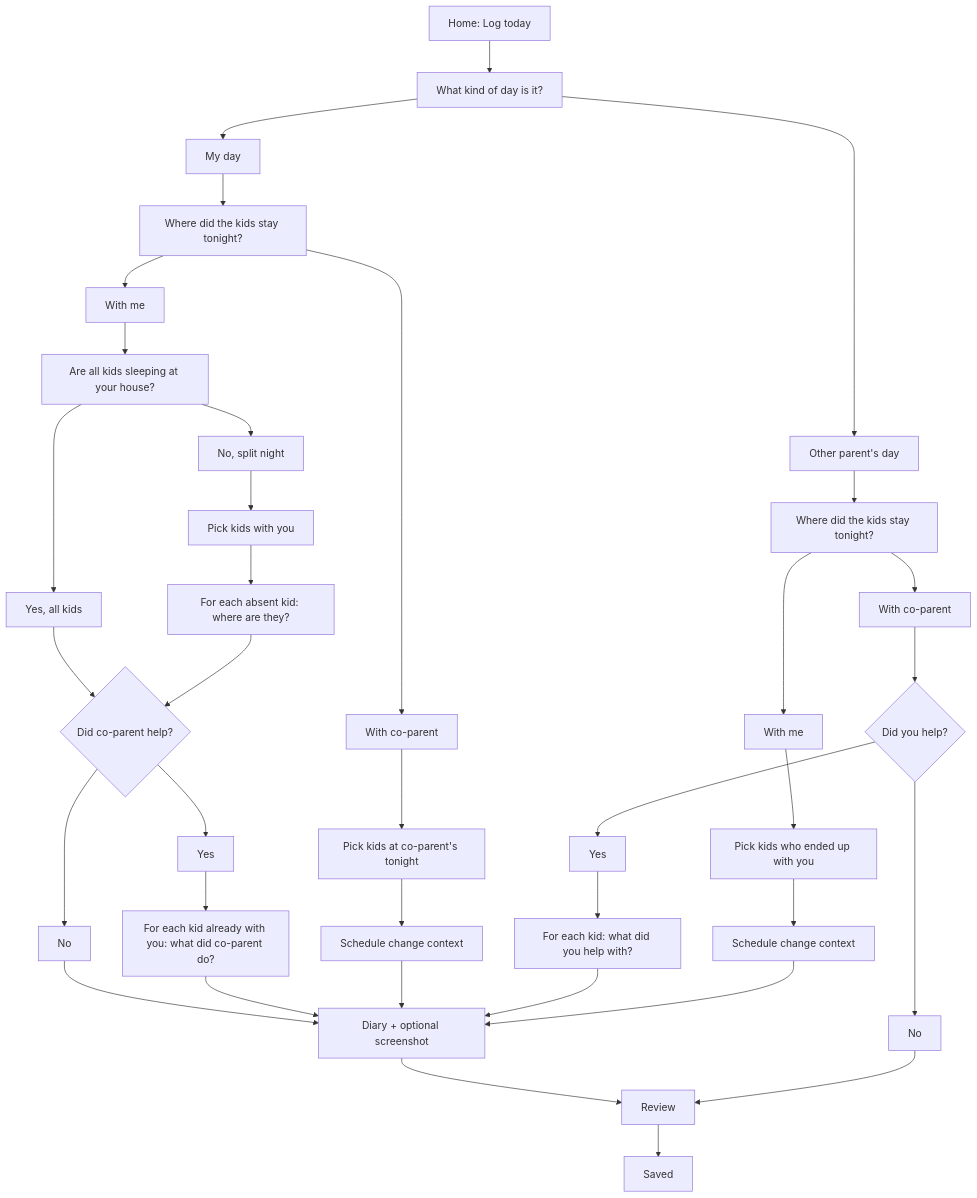
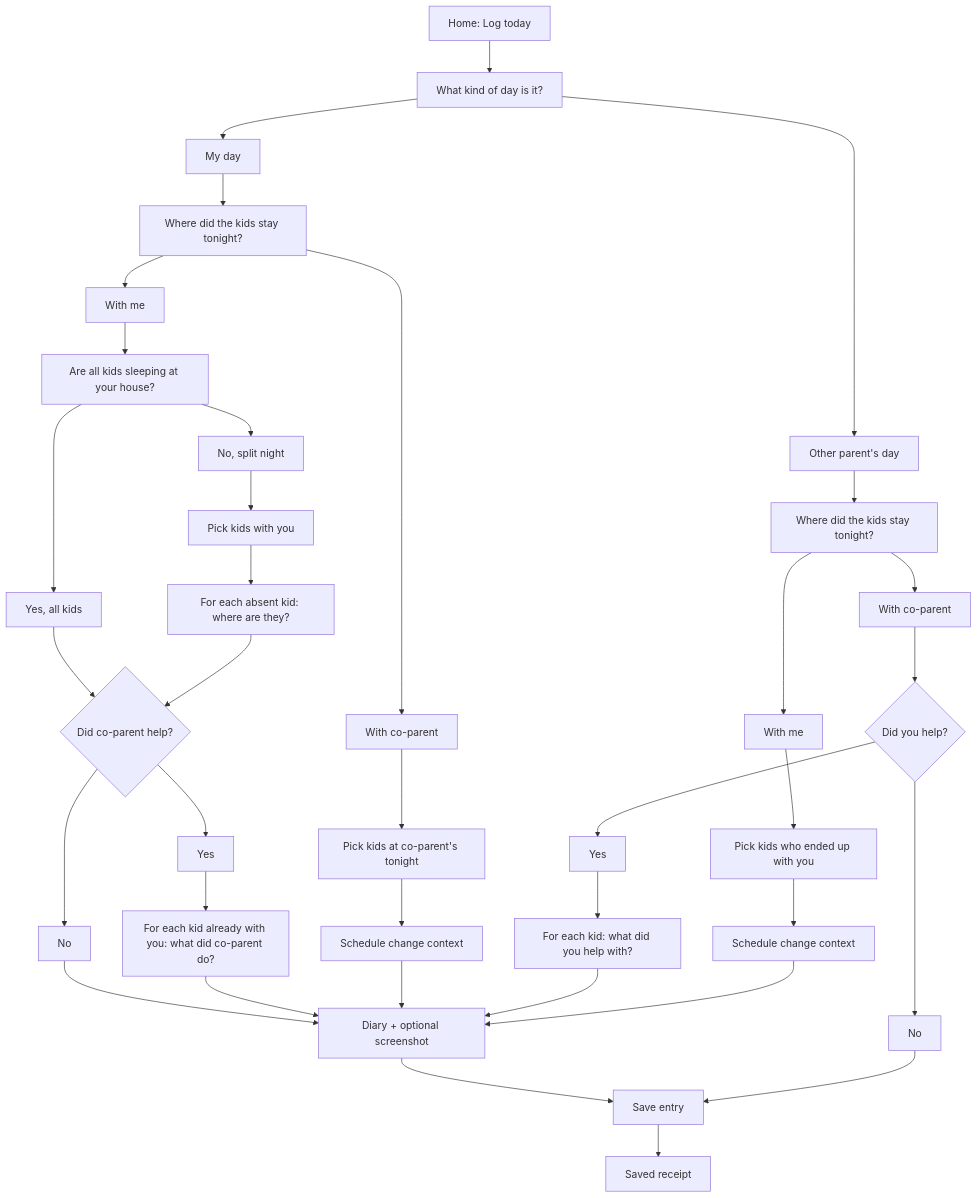
One commit to smrif/thomjrepo changed the first of 2 diagrams in DECISION_TREE.md. Above: the diagram before and after it, drawn with Mermaid. The commit also changed other lines of this file and 86 other files, not shown here.

````diff
--- a/DECISION_TREE.md
+++ b/DECISION_TREE.md
@@ -7,46 +11,46 @@
 ```mermaid
 flowchart TD
   Start["Home: Log today"] --> DayType["What kind of day is it?"]
 
   DayType --> MyDay["My day"]
   DayType --> TheirDay["Other parent's day"]
 
-  Review --> Saved["Saved"]
+  Review["Save entry"] --> Saved["Saved receipt"]
 
   MyDay --> MyDayActual["Where did the kids stay tonight?"]
   MyDayActual --> MyNormal["With me"]
   MyDayActual --> KidsAtCoParent["With co-parent"]
 
   MyNormal --> AllKidsHome["Are all kids sleeping at your house?"]
   AllKidsHome --> AllYes["Yes, all kids"]
   AllKidsHome --> SplitNight["No, split night"]
   AllYes --> CoParentHelped{"Did co-parent help?"}
   SplitNight --> PickKidsHome["Pick kids with you"]
   PickKidsHome --> AbsentLoop["For each absent kid: where are they?"]
   AbsentLoop --> CoParentHelped
   CoParentHelped --> NoCoParentHelp["No"]
   CoParentHelped --> YesCoParentHelp["Yes"]
   NoCoParentHelp --> Diary["Diary + optional screenshot"]
   YesCoParentHelp --> CoParentHelpedActivity["For each kid already with you: what did co-parent do?"]
   CoParentHelpedActivity --> Diary
   Diary --> Review
 
   KidsAtCoParent --> PickKidsAtCoParent["Pick kids at co-parent's tonight"]
   PickKidsAtCoParent --> ChangeContextDadDay["Schedule change context"]
   ChangeContextDadDay --> Diary
 
   TheirDay --> TheirDayActual["Where did the kids stay tonight?"]
   TheirDayActual --> CoParentHadKids["With co-parent"]
   TheirDayActual --> KidsWithMe["With me"]
 
   CoParentHadKids --> IHelped{"Did you help?"}
   IHelped --> NoIHelped["No"]
   IHelped --> YesIHelped["Yes"]
   NoIHelped --> Review
   YesIHelped --> HelpedActivity["For each kid: what did you help with?"]
   HelpedActivity --> Diary
 
   KidsWithMe --> PickKidsWithMe["Pick kids who ended up with you"]
   PickKidsWithMe --> ChangeContextTheirDay["Schedule change context"]
   ChangeContextTheirDay --> Diary
 ```
````
